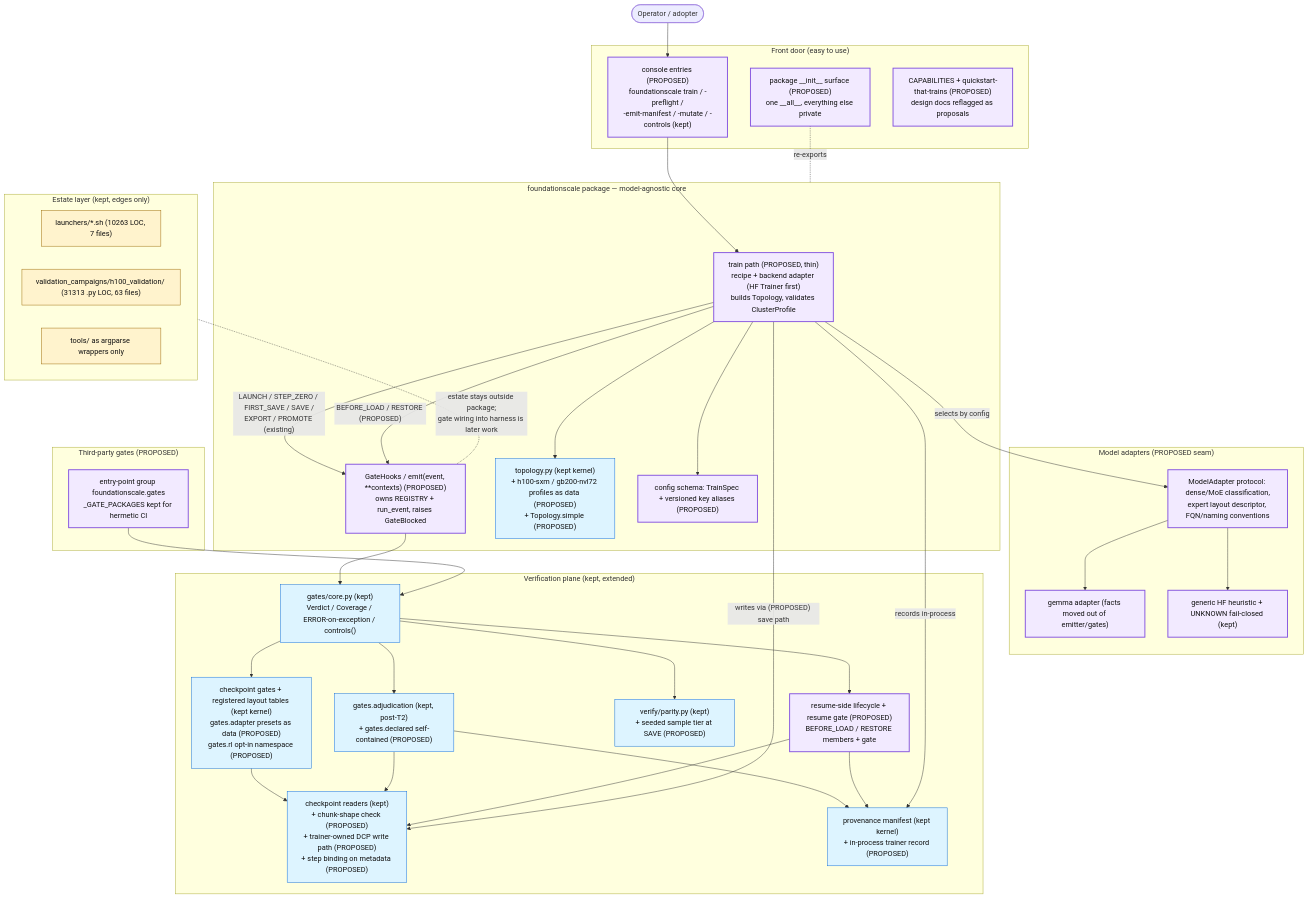
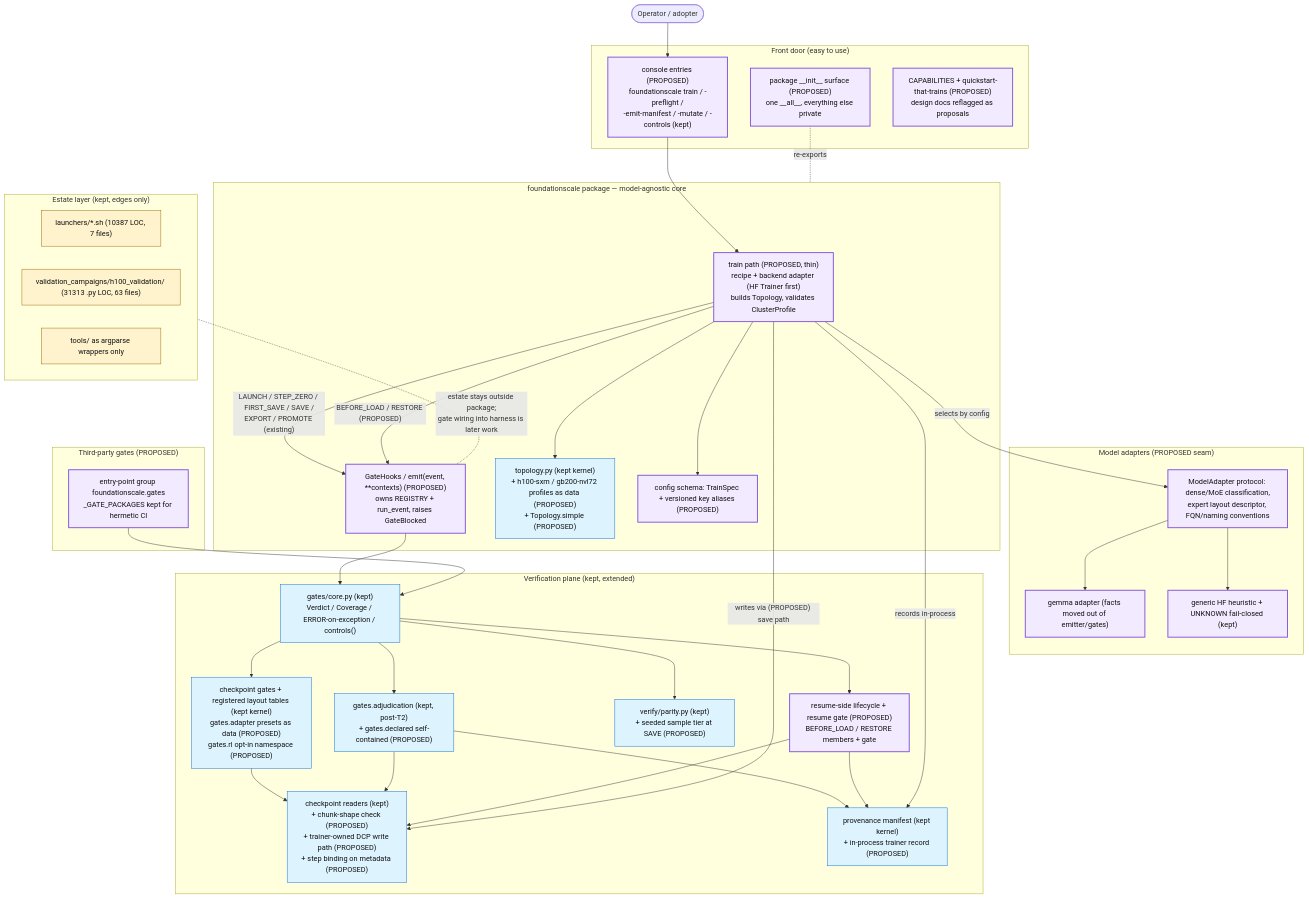
One commit to TranNhiem/FoundationScale changed the diagram in docs/review/D5_proposed_architecture.md. Above: the diagram before and after it, drawn with Mermaid. The commit also changed other lines of this file and 12 other files, not shown here.

````diff
--- a/docs/review/D5_proposed_architecture.md
+++ b/docs/review/D5_proposed_architecture.md
@@ -13,74 +13,74 @@
 ```mermaid
 flowchart TB
   U(["Operator / adopter"])
 
   subgraph FRONT["Front door (easy to use)"]
     CLI["console entries (PROPOSED)<br/>foundationscale train / -preflight /<br/>-emit-manifest / -mutate / -controls (kept)"]
     SURF["package __init__ surface (PROPOSED)<br/>one __all__, everything else private"]
     DOCS["CAPABILITIES + quickstart-that-trains (PROPOSED)<br/>design docs reflagged as proposals"]
   end
 
   subgraph CORE["foundationscale package — model-agnostic core"]
     TRAIN["train path (PROPOSED, thin)<br/>recipe + backend adapter (HF Trainer first)<br/>builds Topology, validates ClusterProfile"]
     HOOKS["GateHooks / emit(event, **contexts) (PROPOSED)<br/>owns REGISTRY + run_event, raises GateBlocked"]
     TOPO["topology.py (kept kernel)<br/>+ h100-sxm / gb200-nvl72 profiles as data (PROPOSED)<br/>+ Topology.simple (PROPOSED)"]
     CONFIG["config schema: TrainSpec + versioned key aliases (PROPOSED)"]
   end
 
   subgraph ADAPT["Model adapters (PROPOSED seam)"]
     MA["ModelAdapter protocol: dense/MoE classification,<br/>expert layout descriptor, FQN/naming conventions"]
     GEM["gemma adapter (facts moved out of emitter/gates)"]
     HF["generic HF heuristic + UNKNOWN fail-closed (kept)"]
   end
 
   subgraph VERIFY["Verification plane (kept, extended)"]
     GCORE["gates/core.py (kept)<br/>Verdict / Coverage / ERROR-on-exception / controls()"]
     GCK["checkpoint gates + registered layout tables (kept kernel)<br/>gates.adapter presets as data (PROPOSED)<br/>gates.rl opt-in namespace (PROPOSED)"]
     ADJ["gates.adjudication (kept, post-T2)<br/>+ gates.declared self-contained (PROPOSED)"]
     PAR["verify/parity.py (kept)<br/>+ seeded sample tier at SAVE (PROPOSED)"]
     CKIO["checkpoint readers (kept)<br/>+ chunk-shape check (PROPOSED)<br/>+ trainer-owned DCP write path (PROPOSED)<br/>+ step binding on metadata (PROPOSED)"]
     PROV["provenance manifest (kept kernel)<br/>+ in-process trainer record (PROPOSED)"]
     RES["resume-side lifecycle + resume gate (PROPOSED)<br/>BEFORE_LOAD / RESTORE members + gate"]
   end
 
   subgraph PLUG["Third-party gates (PROPOSED)"]
     EP["entry-point group foundationscale.gates<br/>_GATE_PACKAGES kept for hermetic CI"]
   end
 
   subgraph ESTATE["Estate layer (kept, edges only)"]
-    LAU["launchers/*.sh (10263 LOC, 7 files)"]
+    LAU["launchers/*.sh (10387 LOC, 7 files)"]
     H100["validation_campaigns/h100_validation/ (31313 .py LOC, 63 files)"]
     WRAP["tools/ as argparse wrappers only"]
   end
 
   U --> CLI --> TRAIN
   SURF -. re-exports .- CORE
   TRAIN --> TOPO
   TRAIN --> CONFIG
   TRAIN -- "selects by config" --> MA
   MA --> GEM
   MA --> HF
   TRAIN -- "LAUNCH / STEP_ZERO / FIRST_SAVE / SAVE /<br/>EXPORT / PROMOTE (existing)" --> HOOKS
   TRAIN -- "BEFORE_LOAD / RESTORE (PROPOSED)" --> HOOKS
   HOOKS --> GCORE
   EP --> GCORE
   GCORE --> GCK
   GCORE --> ADJ
   GCORE --> PAR
   GCORE --> RES
   GCK --> CKIO
   ADJ --> CKIO
   ADJ --> PROV
   RES --> CKIO
   RES --> PROV
   TRAIN -- "writes via (PROPOSED) save path" --> CKIO
   TRAIN -- "records in-process" --> PROV
   ESTATE -. "estate stays outside package;<br/>gate wiring into harness is later work" .- HOOKS
 
   classDef new fill:#f2eaff,stroke:#8250df,stroke-width:2px,color:#111;
   classDef kept fill:#ddf4ff,stroke:#0969da,color:#111;
   classDef estate fill:#fff3cd,stroke:#9a6700,color:#111;
   class TRAIN,HOOKS,CLI,SURF,DOCS,MA,GEM,HF,RES,EP,CONFIG new;
   class GCORE,GCK,ADJ,PAR,CKIO,PROV,TOPO kept;
   class LAU,H100,WRAP estate;
 ```
````
